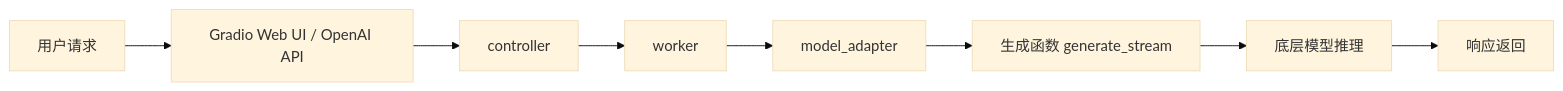
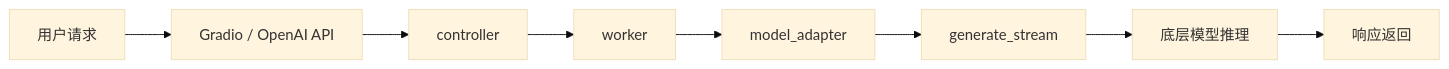
One commit to Jashinck/StartModels changed the third of 5 diagrams in docs/fastchat_architecture_and_eval.md. Above: the diagram before and after it, drawn with Mermaid (base theme). The commit also changed other lines of this file, not shown here.

Commit message:
Update fastchat_architecture_and_eval.md with new content

````diff
--- a/docs/fastchat_architecture_and_eval.md
+++ b/docs/fastchat_architecture_and_eval.md
@@ -138,10 +202,10 @@
 ```mermaid
 flowchart LR
-    U[用户请求] --> UI[Gradio Web UI / OpenAI API]
+    U[用户请求] --> UI[Gradio / OpenAI API]
     UI --> C[controller]
     C --> W[worker]
     W --> A[model_adapter]
-    A --> G[生成函数 generate_stream]
+    A --> G[generate_stream]
     G --> L[底层模型推理]
     L --> R[响应返回]
 ```
````
